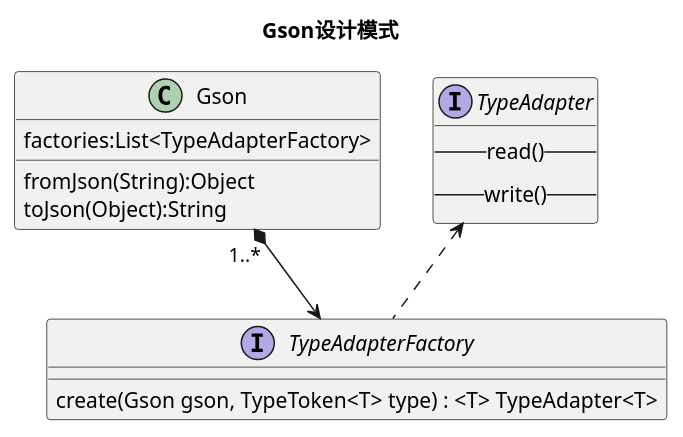
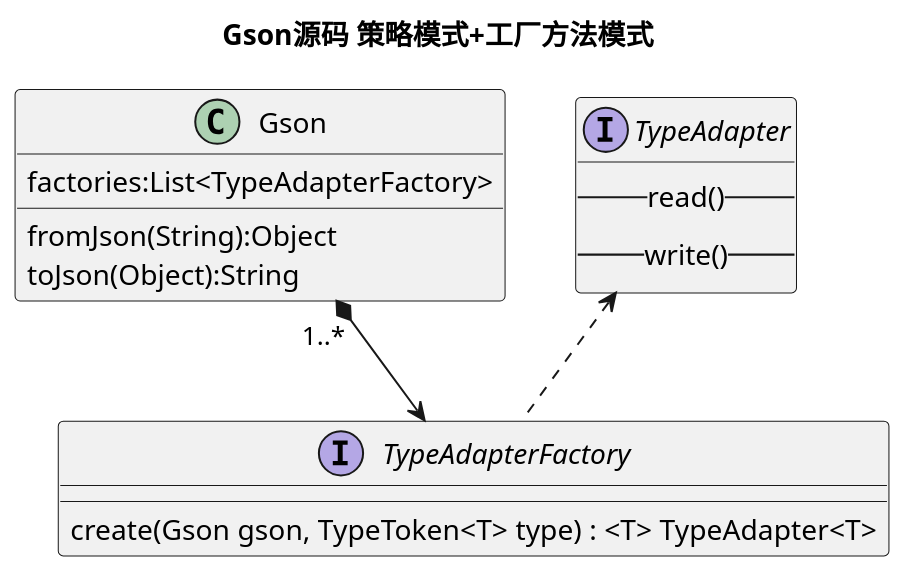
Before and after one commit to zhuzhanpeng/DevTool: the diagram in src/main/java/onairm/com/devtool/net/gson.puml, drawn with PlantUML. The commit also changed 51 other files, not shown here.

```diff
--- a/src/main/java/onairm/com/devtool/net/gson.puml
+++ b/src/main/java/onairm/com/devtool/net/gson.puml
@@ -1,20 +1,21 @@
 @startuml
-title Gson设计模式
+scale 600*600
+title Gson源码 策略模式+工厂方法模式
 Class Gson{
  factories:List<TypeAdapterFactory>
  fromJson(String):Object
  toJson(Object):String
 }
 interface TypeAdapter{
     --read()--
     --write()--
 }
 
 interface TypeAdapterFactory{
  create(Gson gson, TypeToken<T> type) : <T> TypeAdapter<T>
 
 }
 TypeAdapter <.. TypeAdapterFactory
 Gson "1..*" *--> TypeAdapterFactory
 
 @enduml
```
